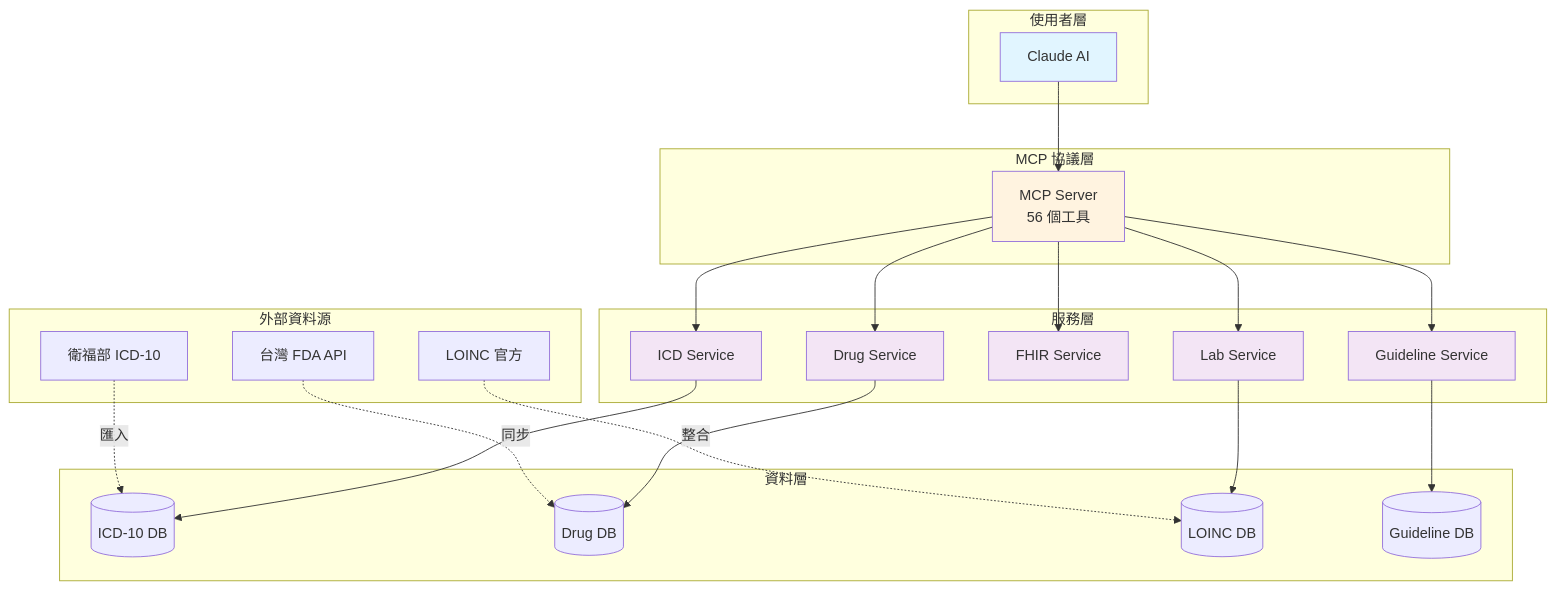
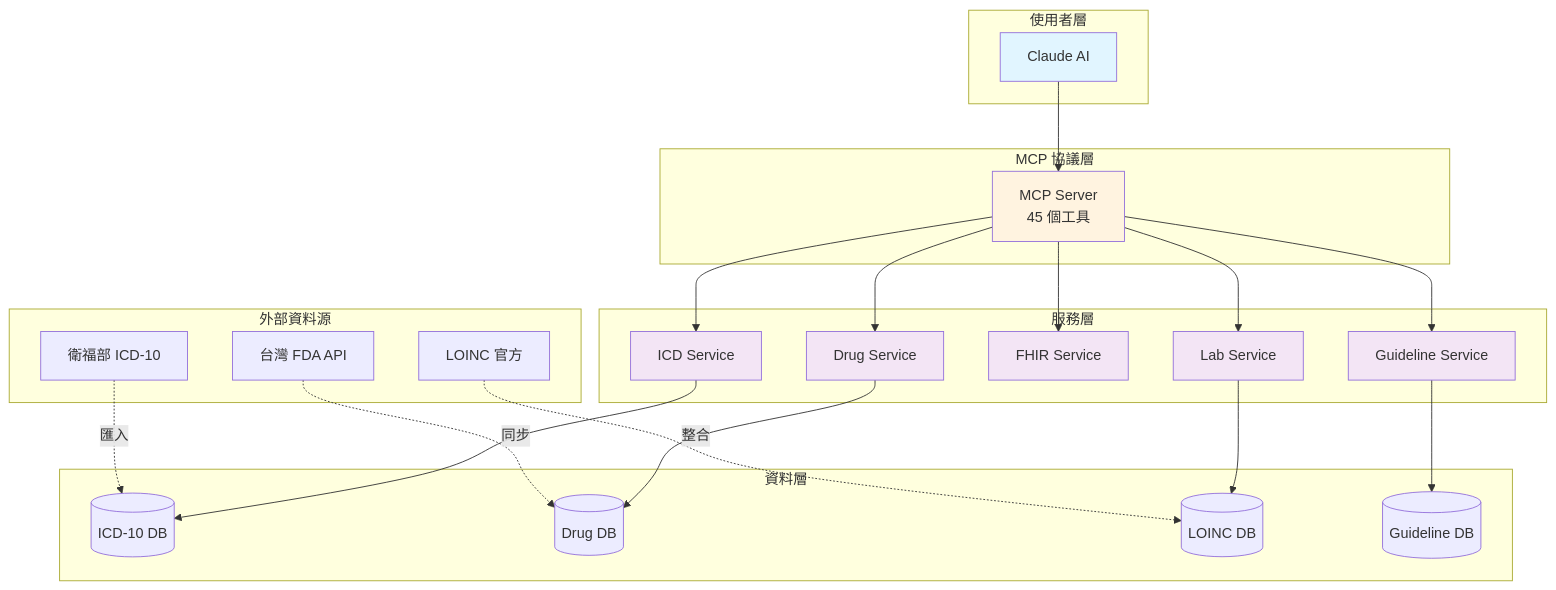
One commit to healthymind-tech/Taiwan-Health-MCP changed the diagram in docs/index.md. Above: the diagram before and after it, drawn with Mermaid. The commit also changed other lines of this file and 19 other files, not shown here.

````diff
--- a/docs/index.md
+++ b/docs/index.md
@@ -109,55 +109,55 @@
 ```mermaid
 graph TB
     subgraph "使用者層"
         A[Claude AI]
     end
 
     subgraph "MCP 協議層"
-        B[MCP Server<br/>56 個工具]
+        B[MCP Server<br/>45 個工具]
     end
 
     subgraph "服務層"
         C1[ICD Service]
         C2[Drug Service]
         C3[FHIR Service]
         C4[Lab Service]
         C5[Guideline Service]
     end
 
     subgraph "資料層"
         D1[(ICD-10 DB)]
         D2[(Drug DB)]
         D3[(LOINC DB)]
         D4[(Guideline DB)]
     end
 
     subgraph "外部資料源"
         E1[台灣 FDA API]
         E2[LOINC 官方]
         E3[衛福部 ICD-10]
     end
 
     A --> B
     B --> C1
     B --> C2
     B --> C3
     B --> C4
     B --> C5
 
     C1 --> D1
     C2 --> D2
     C4 --> D3
     C5 --> D4
 
     E1 -.->|同步| D2
     E2 -.->|整合| D3
     E3 -.->|匯入| D1
 
     style A fill:#e1f5ff
     style B fill:#fff3e0
     style C1 fill:#f3e5f5
     style C2 fill:#f3e5f5
     style C3 fill:#f3e5f5
     style C4 fill:#f3e5f5
     style C5 fill:#f3e5f5
 ```
````
